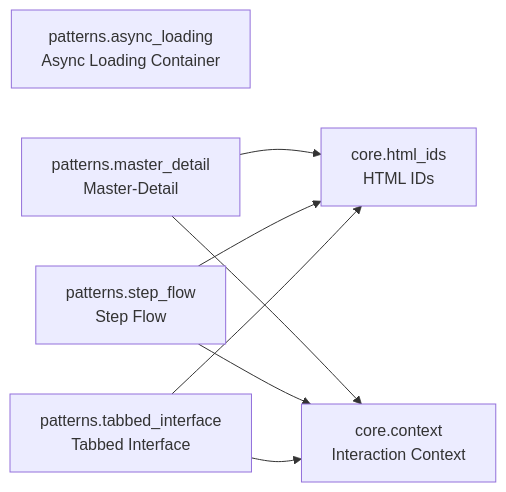
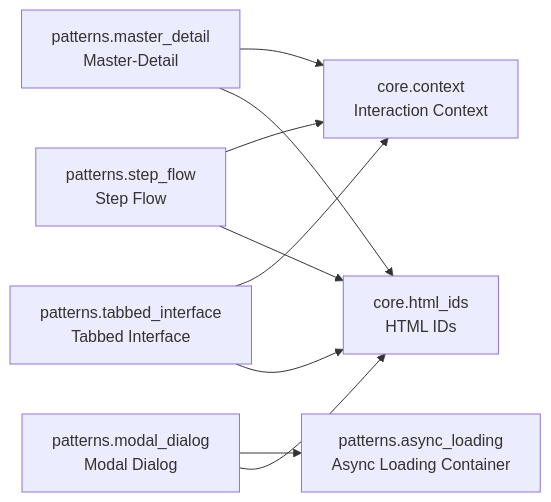
The diagram in README.md (cj-mills/cjm-fasthtml-interactions), drawn with Mermaid before and after one commit. The commit also changed other lines of this file and 7 other files, not shown here.

````diff
--- a/README.md
+++ b/README.md
@@ -28,16 +29,19 @@
 ``` mermaid
 graph LR
     core_context[core.context<br/>Interaction Context]
     core_html_ids[core.html_ids<br/>HTML IDs]
     patterns_async_loading[patterns.async_loading<br/>Async Loading Container]
     patterns_master_detail[patterns.master_detail<br/>Master-Detail]
+    patterns_modal_dialog[patterns.modal_dialog<br/>Modal Dialog]
     patterns_step_flow[patterns.step_flow<br/>Step Flow]
     patterns_tabbed_interface[patterns.tabbed_interface<br/>Tabbed Interface]
 
+    patterns_master_detail --> core_context
     patterns_master_detail --> core_html_ids
-    patterns_master_detail --> core_context
+    patterns_modal_dialog --> patterns_async_loading
+    patterns_modal_dialog --> core_html_ids
+    patterns_step_flow --> core_context
     patterns_step_flow --> core_html_ids
-    patterns_step_flow --> core_context
+    patterns_tabbed_interface --> core_context
     patterns_tabbed_interface --> core_html_ids
-    patterns_tabbed_interface --> core_context
 ```
````
